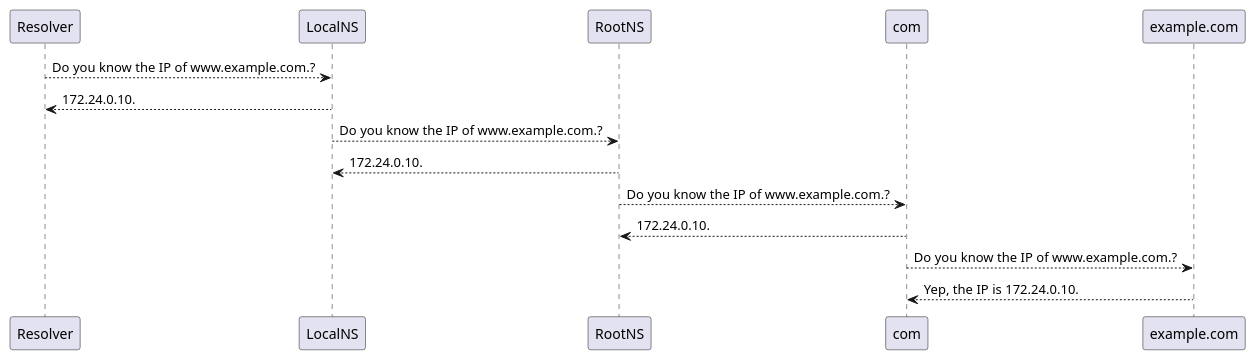
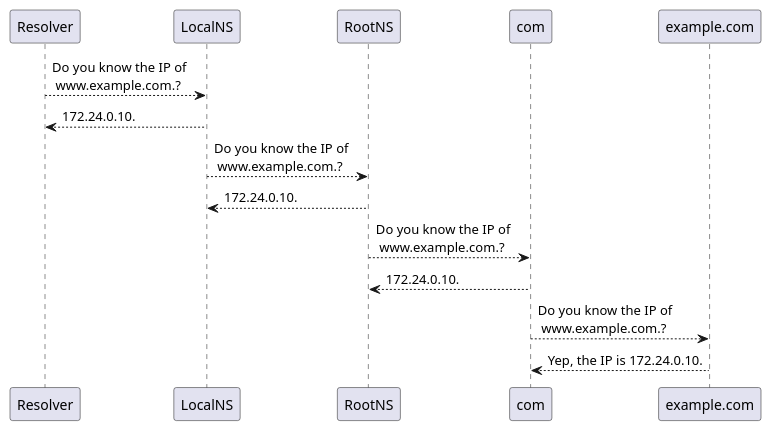
The diagram in plantUML/recursive-query.wsd (pauloricardokoch/dns-lab), drawn with PlantUML before and after one commit. The commit also changed 1 other file, not shown here.

```diff
--- a/plantUML/recursive-query.wsd
+++ b/plantUML/recursive-query.wsd
@@ -1,15 +1,15 @@
 @startuml recursive-query
 
-Resolver --> LocalNS: Do you know the IP of www.example.com.?
+Resolver --> LocalNS: Do you know the IP of \n www.example.com.?
 Resolver <-- LocalNS: 172.24.0.10.
 
-LocalNS --> RootNS: Do you know the IP of www.example.com.?
+LocalNS --> RootNS: Do you know the IP of \n www.example.com.?
 LocalNS <-- RootNS: 172.24.0.10.
 
-RootNS --> com: Do you know the IP of www.example.com.?
+RootNS --> com: Do you know the IP of \n www.example.com.?
 RootNS <-- com: 172.24.0.10.
 
-com --> example.com: Do you know the IP of www.example.com.?
+com --> example.com: Do you know the IP of \n www.example.com.?
 com <-- example.com: Yep, the IP is 172.24.0.10.
 
 @enduml
```
